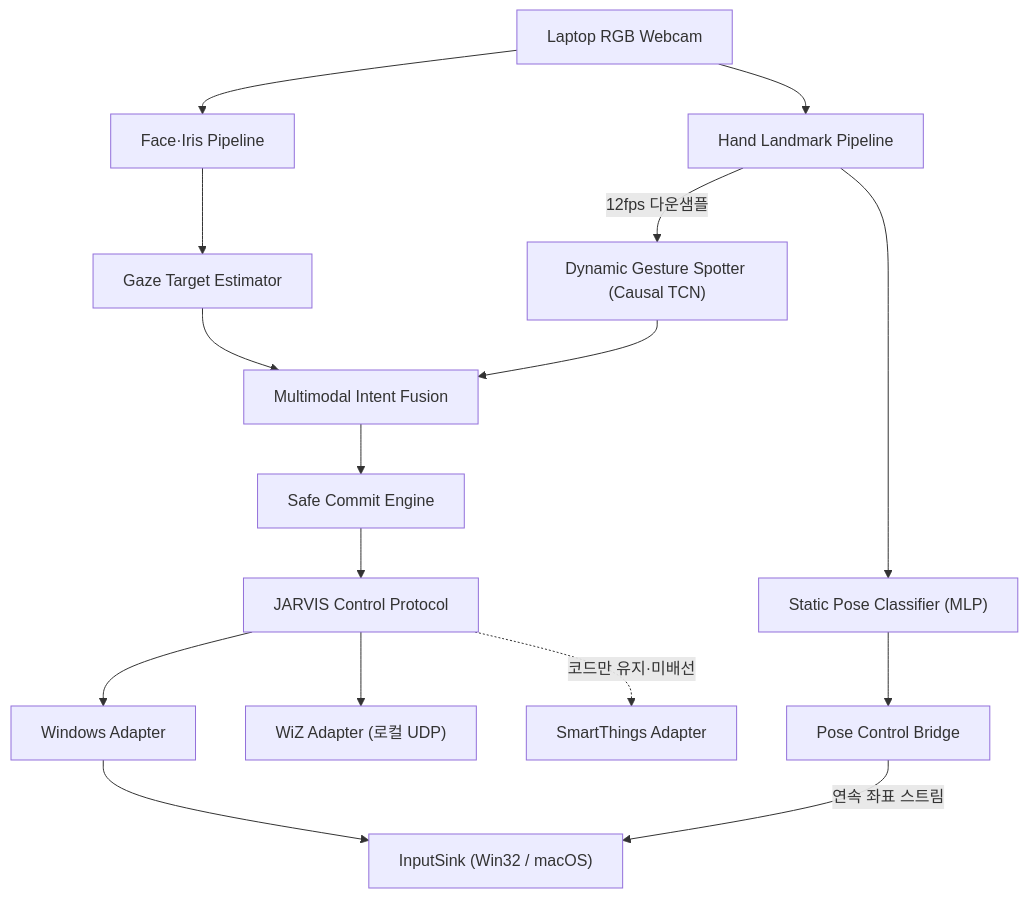
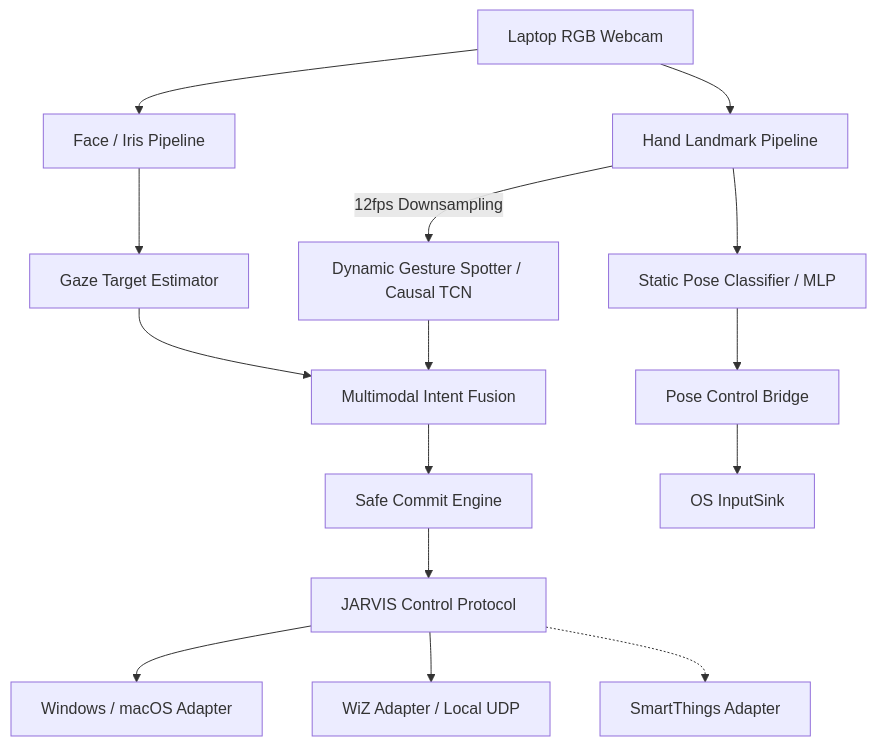
One commit to madcamp-official/26s-w3-c3-05 changed the diagram in README.md. Above: the diagram before and after it, drawn with Mermaid. The commit also changed other lines of this file, not shown here.

````diff
--- a/README.md
+++ b/README.md
@@ -214,18 +303,17 @@
 ```mermaid
 flowchart TD
-    A["Laptop RGB Webcam"] --> B["Face·Iris Pipeline"]
+    A["Laptop RGB Webcam"] --> B["Face / Iris Pipeline"]
     A --> C["Hand Landmark Pipeline"]
     B --> D["Gaze Target Estimator"]
-    C -->|"12fps 다운샘플"| E["Dynamic Gesture Spotter (Causal TCN)"]
-    C --> L["Static Pose Classifier (MLP)"]
+    C -->|"12fps Downsampling"| E["Dynamic Gesture Spotter / Causal TCN"]
+    C --> L["Static Pose Classifier / MLP"]
     D --> F["Multimodal Intent Fusion"]
     E --> F
     F --> G["Safe Commit Engine"]
     G --> H["JARVIS Control Protocol"]
-    H --> I["Windows Adapter"]
-    H --> J["WiZ Adapter (로컬 UDP)"]
-    H -.->|"코드만 유지·미배선"| J2["SmartThings Adapter"]
-    L --> K["Pose Control Bridge"]
-    K -->|"연속 좌표 스트림"| M["InputSink (Win32 / macOS)"]
-    I --> M
+    H --> I["Windows / macOS Adapter"]
+    H --> J["WiZ Adapter / Local UDP"]
+    H -.-> K["SmartThings Adapter"]
+    L --> M["Pose Control Bridge"]
+    M --> N["OS InputSink"]
 ```
````
